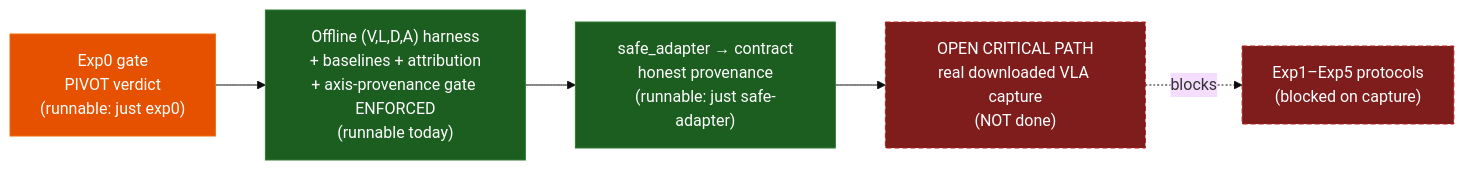
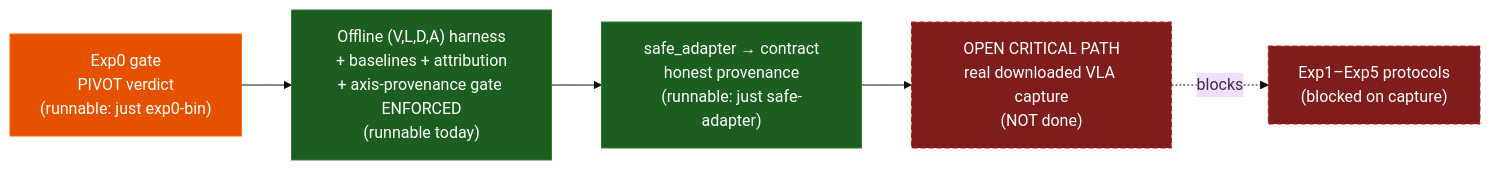
One commit to sepahead/prisoma changed the diagram in README.md. Above: the diagram before and after it, drawn with Mermaid (base theme). The commit also changed other lines of this file and 36 other files, not shown here.

````diff
--- a/README.md
+++ b/README.md
@@ -33,17 +54,17 @@
 ```mermaid
 flowchart LR
     classDef run fill:#1b5e20,stroke:#2e7d32,color:#fff;
     classDef gate fill:#e65100,stroke:#ef6c00,color:#fff;
     classDef blocked fill:#7f1d1d,stroke:#b71c1c,color:#fff,stroke-dasharray:5 3;
 
-    Exp0["Exp0 gate<br/>PIVOT verdict<br/>(runnable: just exp0)"]:::gate
+    Exp0["Exp0 gate<br/>PIVOT verdict<br/>(runnable: just exp0-bin)"]:::gate
     Harness["Offline (V,L,D,A) harness<br/>+ baselines + attribution<br/>+ axis-provenance gate ENFORCED<br/>(runnable today)"]:::run
     Adapter["safe_adapter → contract<br/>honest provenance<br/>(runnable: just safe-adapter)"]:::run
     Capture["OPEN CRITICAL PATH<br/>real downloaded VLA capture<br/>(NOT done)"]:::blocked
     Exps["Exp1–Exp5 protocols<br/>(blocked on capture)"]:::blocked
 
     Exp0 --> Harness
     Harness --> Adapter
     Adapter --> Capture
     Capture -. blocks .-> Exps
 ```
````
